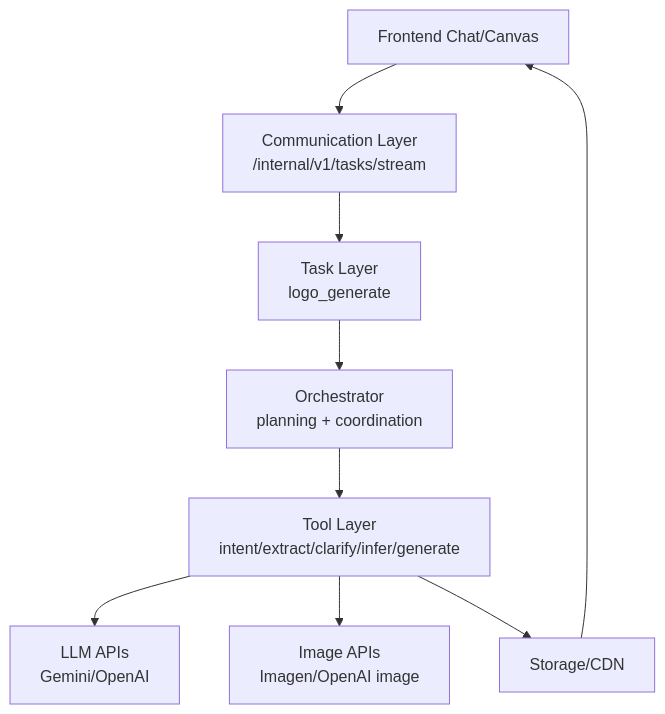
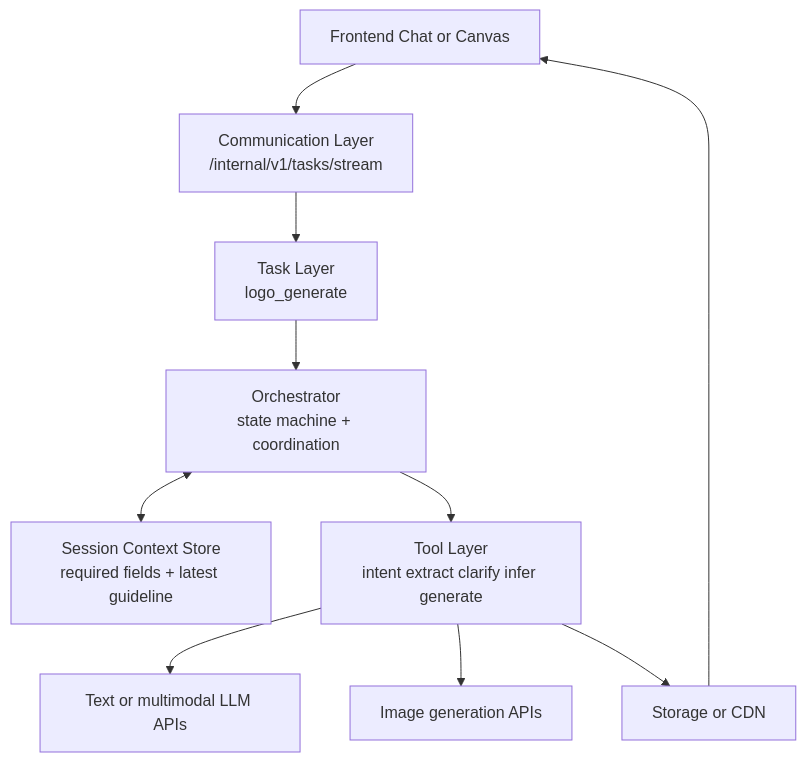
One commit to Ne4nf/Agent-Memory changed the second of 3 diagrams in tech.md. Above: the diagram before and after it, drawn with Mermaid. The commit also changed other lines of this file, not shown here.

First line of the commit message:
Enhance POC overview and clarify scope details

````diff
--- a/tech.md
+++ b/tech.md
@@ -87,20 +100,22 @@
 ```mermaid
 graph TB
-    FE["Frontend Chat/Canvas"]
-    API["Communication Layer\n/internal/v1/tasks/stream"]
-    TASK["Task Layer\nlogo_generate"]
-    ORCH["Orchestrator\nplanning + coordination"]
-    TOOLS["Tool Layer\nintent/extract/clarify/infer/generate"]
-    LLM["LLM APIs\nGemini/OpenAI"]
-    IMG["Image APIs\nImagen/OpenAI image"]
-    STO["Storage/CDN"]
+    FE[Frontend Chat or Canvas]
+    API[Communication Layer\n/internal/v1/tasks/stream]
+    TASK[Task Layer\nlogo_generate]
+    ORCH[Orchestrator\nstate machine + coordination]
+    CTX[Session Context Store\nrequired fields + latest guideline]
+    TOOLS[Tool Layer\nintent extract clarify infer generate]
+    LLM[Text or multimodal LLM APIs]
+    IMG[Image generation APIs]
+    STO[Storage or CDN]
 
     FE --> API
     API --> TASK
     TASK --> ORCH
+    ORCH <--> CTX
     ORCH --> TOOLS
     TOOLS --> LLM
     TOOLS --> IMG
     TOOLS --> STO
     STO --> FE
 ```
````
